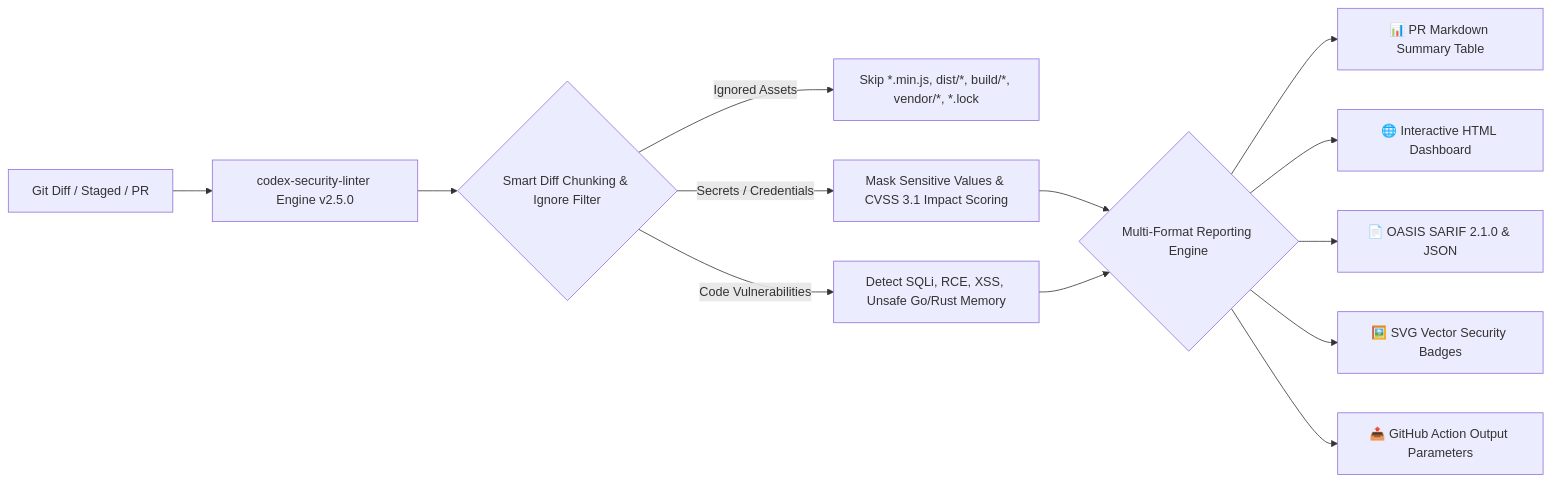
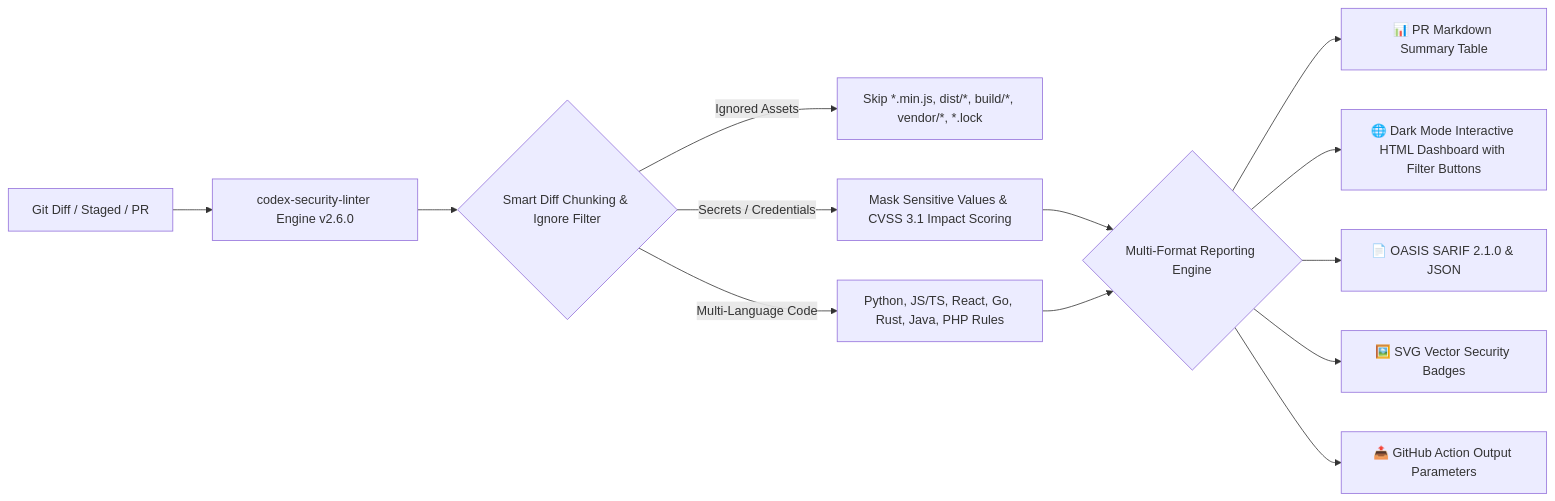
Before and after one commit to knmt1219/codex-security-linter: the diagram in README.md, drawn with Mermaid. The commit also changed other lines of this file and 3 other files, not shown here.

Commit message:
feat(v2.6.0): add Java/PHP security rules and dark mode interactive HTML report

````diff
--- a/README.md
+++ b/README.md
@@ -17,14 +17,14 @@
 ```mermaid
 graph LR
-    A[Git Diff / Staged / PR] --> B[codex-security-linter Engine v2.5.0]
+    A[Git Diff / Staged / PR] --> B[codex-security-linter Engine v2.6.0]
     B --> C{Smart Diff Chunking & Ignore Filter}
     C -->|Ignored Assets| D[Skip *.min.js, dist/*, build/*, vendor/*, *.lock]
     C -->|Secrets / Credentials| E[Mask Sensitive Values & CVSS 3.1 Impact Scoring]
-    C -->|Code Vulnerabilities| F[Detect SQLi, RCE, XSS, Unsafe Go/Rust Memory]
+    C -->|Multi-Language Code| F[Python, JS/TS, React, Go, Rust, Java, PHP Rules]
     E & F --> G{Multi-Format Reporting Engine}
     G --> H[📊 PR Markdown Summary Table]
-    G --> I[🌐 Interactive HTML Dashboard]
+    G --> I[🌐 Dark Mode Interactive HTML Dashboard with Filter Buttons]
     G --> J[📄 OASIS SARIF 2.1.0 & JSON]
     G --> K[🖼️ SVG Vector Security Badges]
     G --> L[📤 GitHub Action Output Parameters]
 ```
````
